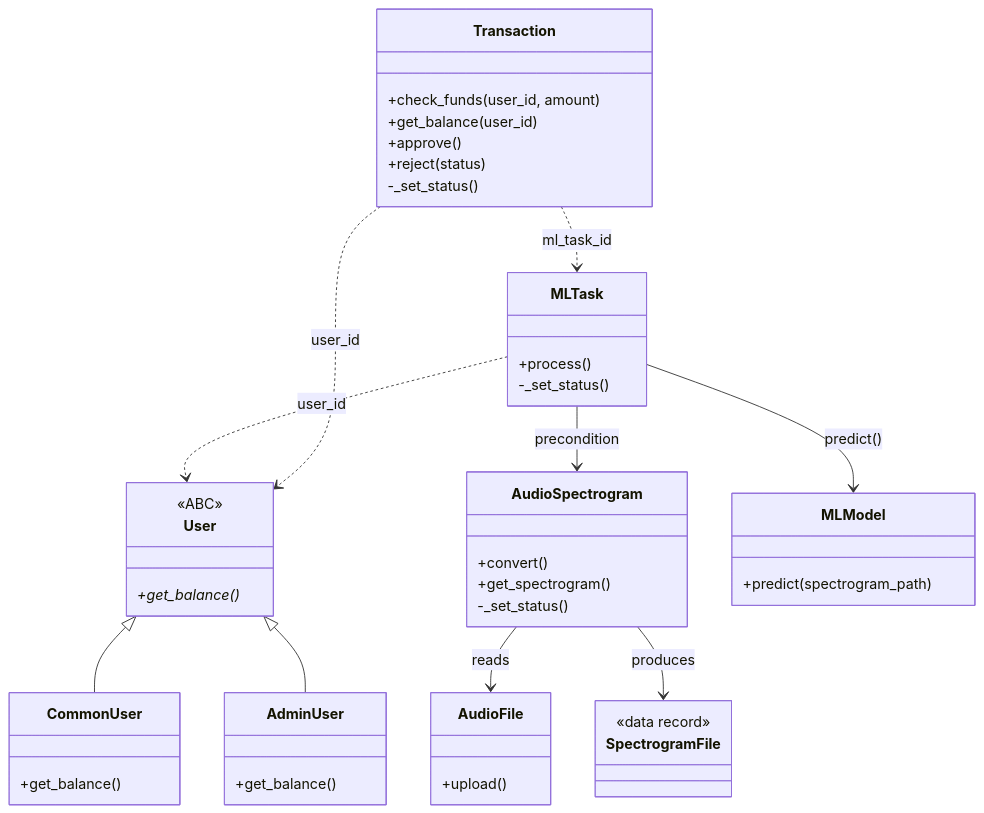
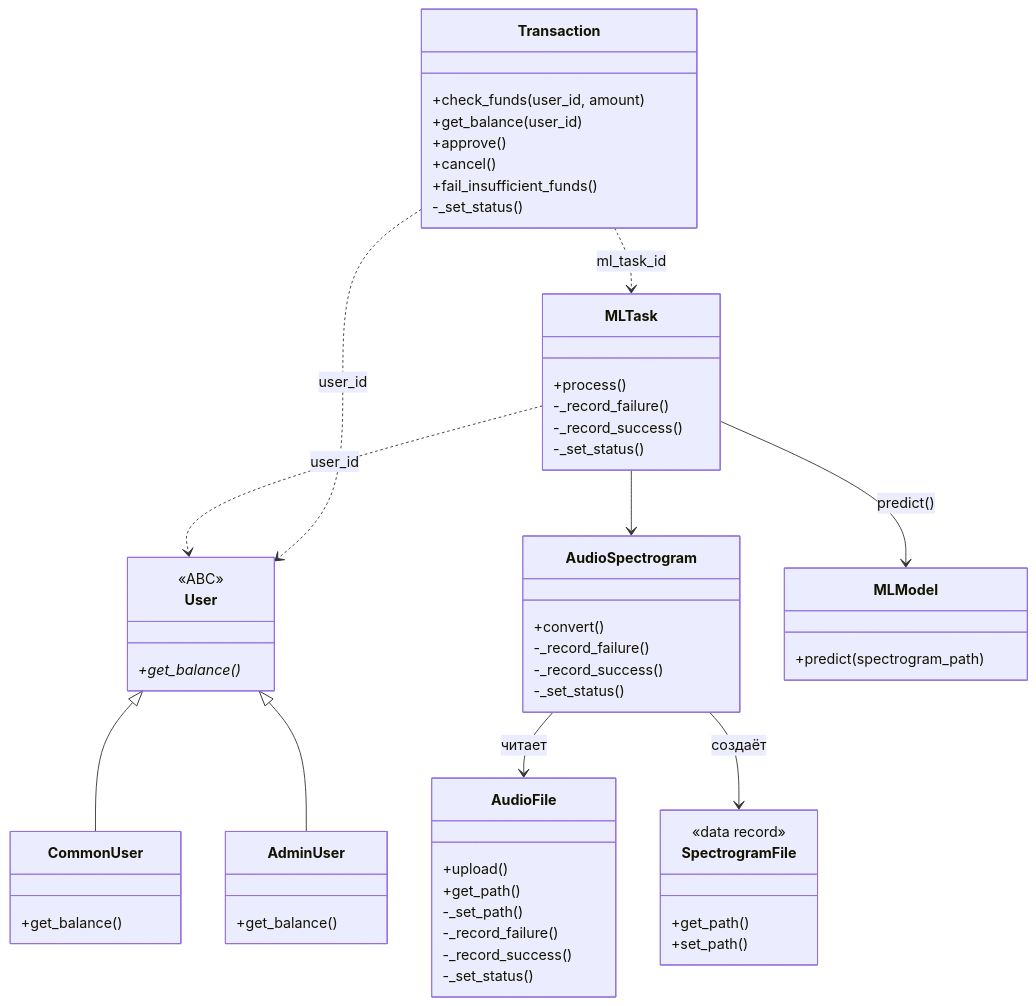
The first of 2 diagrams in README.md (Ch1g/MusicGenreSommelierAI), drawn with Mermaid before and after one commit. The commit also changed other lines of this file and 15 other files, not shown here.

````diff
--- a/README.md
+++ b/README.md
@@ -11,61 +11,72 @@
 ```mermaid
 classDiagram
     direction TB
 
     class User {
         <<ABC>>
         +get_balance()* 
     }
 
     class CommonUser {
         +get_balance()
     }
 
     class AdminUser {
         +get_balance()
     }
 
     class AudioFile {
         +upload()
+        +get_path()
+        -_set_path()
+        -_record_failure()
+        -_record_success()
+        -_set_status()
     }
 
     class SpectrogramFile {
+        +get_path()
+        +set_path()
         <<data record>>
     }
 
     class AudioSpectrogram {
         +convert()
-        +get_spectrogram()
+        -_record_failure()
+        -_record_success()
         -_set_status()
     }
 
     class MLModel {
         +predict(spectrogram_path)
     }
 
     class MLTask {
         +process()
+        -_record_failure()
+        -_record_success()
         -_set_status()
     }
 
     class Transaction {
         +check_funds(user_id, amount)
         +get_balance(user_id)
         +approve()
-        +reject(status)
+        +cancel()
+        +fail_insufficient_funds()
         -_set_status()
     }
 
     User <|-- CommonUser
     User <|-- AdminUser
 
-    AudioSpectrogram --> AudioFile : reads
-    AudioSpectrogram --> SpectrogramFile : produces
+    AudioSpectrogram --> AudioFile : читает
+    AudioSpectrogram --> SpectrogramFile : создаёт
 
-    MLTask --> AudioSpectrogram : precondition
+    MLTask --> AudioSpectrogram
     MLTask --> MLModel : predict()
 
     MLTask ..> User : user_id
     Transaction ..> User : user_id
     Transaction ..> MLTask : ml_task_id
 ```
````
